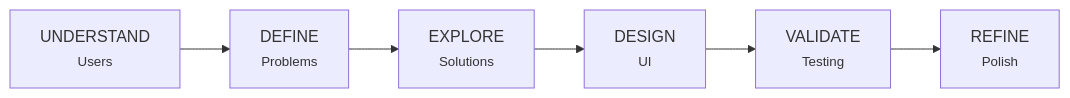
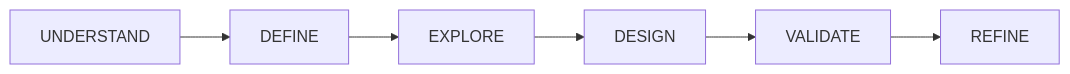
Before and after one commit to smileynet/ui-optimizer: the diagram in docs/workflow/README.md, drawn with Mermaid. The commit also changed 6 other files, not shown here.

First line of the commit message:
fix: simplify Mermaid labels - remove escaped HTML tags

````diff
--- a/docs/workflow/README.md
+++ b/docs/workflow/README.md
@@ -9,11 +9,11 @@
 ```mermaid
 flowchart LR
-    U["UNDERSTAND<br/><small>Users</small>"]
-    D["DEFINE<br/><small>Problems</small>"]
-    E["EXPLORE<br/><small>Solutions</small>"]
-    DE["DESIGN<br/><small>UI</small>"]
-    V["VALIDATE<br/><small>Testing</small>"]
-    R["REFINE<br/><small>Polish</small>"]
+    U[UNDERSTAND]
+    D[DEFINE]
+    E[EXPLORE]
+    DE[DESIGN]
+    V[VALIDATE]
+    R[REFINE]
     
     U --> D --> E --> DE --> V --> R
 ```
````
